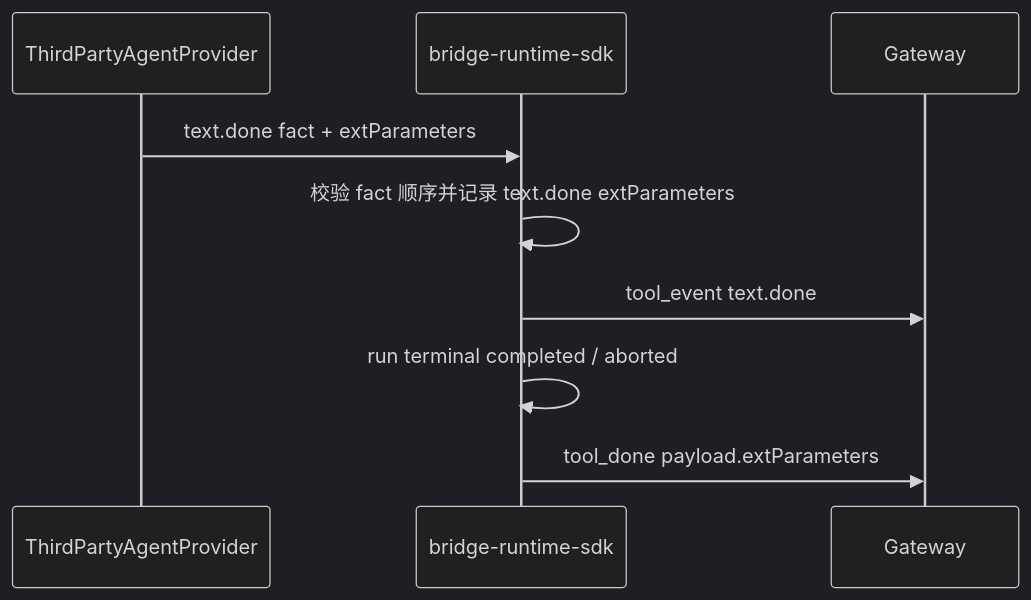
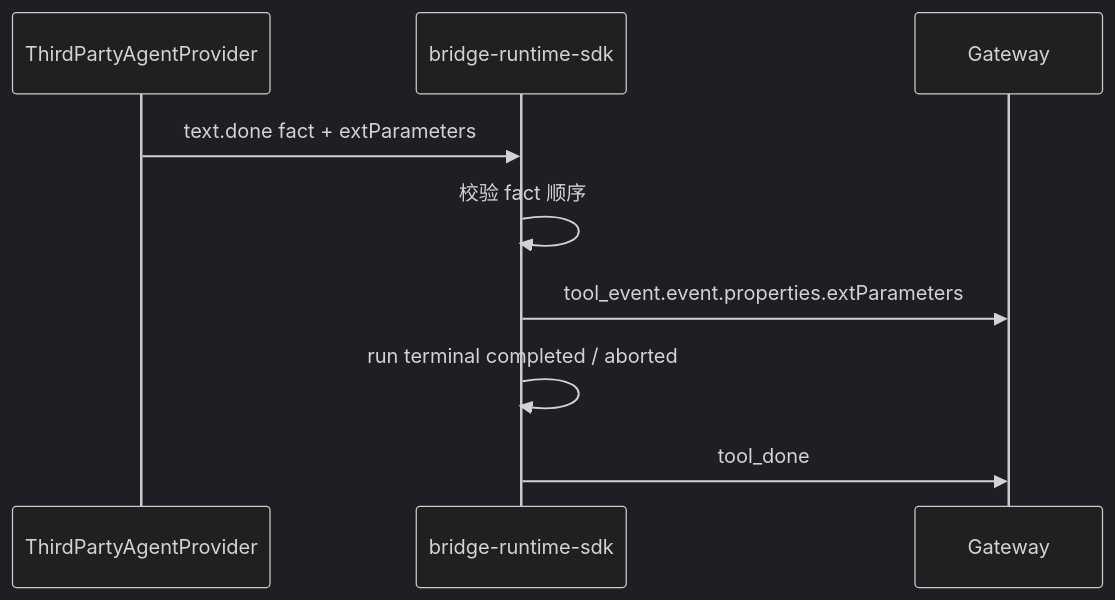
One commit to yuzhangCZ/agent-plugin changed the third of 3 diagrams in packages/bridge-runtime-sdk/docs/design/ext-parameters-bidirectional-pass-through.md. Above: the diagram before and after it, drawn with Mermaid (dark theme). The commit also changed other lines of this file, not shown here.

Commit message:
docs: refine extParameters contract analysis

````diff
--- a/packages/bridge-runtime-sdk/docs/design/ext-parameters-bidirectional-pass-through.md
+++ b/packages/bridge-runtime-sdk/docs/design/ext-parameters-bidirectional-pass-through.md
@@ -89,12 +161,12 @@
 ```mermaid
 sequenceDiagram
     participant Agent as ThirdPartyAgentProvider
     participant SDK as bridge-runtime-sdk
     participant Gateway as Gateway
 
     Agent->>SDK: text.done fact + extParameters
-    SDK->>SDK: 校验 fact 顺序并记录 text.done extParameters
-    SDK->>Gateway: tool_event text.done
+    SDK->>SDK: 校验 fact 顺序
+    SDK->>Gateway: tool_event.event.properties.extParameters
     SDK->>SDK: run terminal completed / aborted
-    SDK->>Gateway: tool_done payload.extParameters
+    SDK->>Gateway: tool_done
 ```
````
